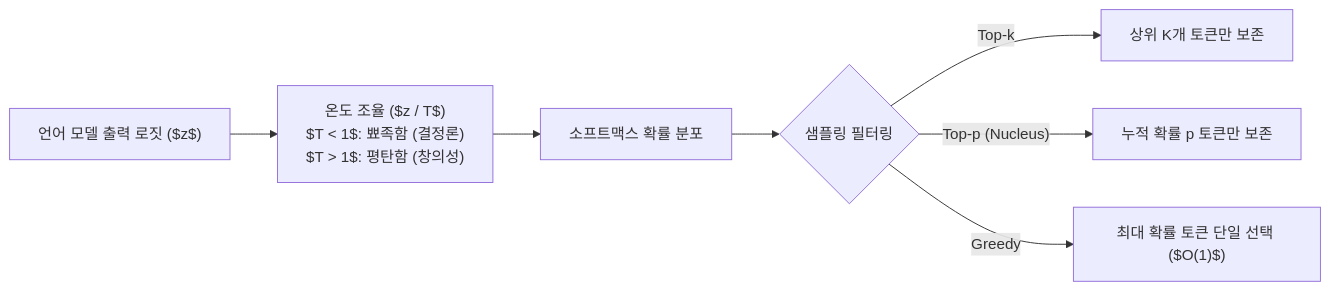
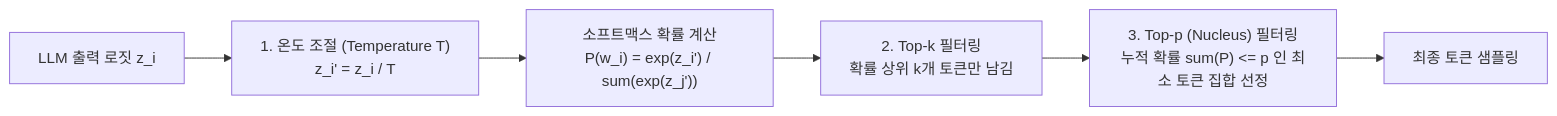
The first of 2 diagrams in LGAimer/LG Aimers 8기/notes/09. LLM Decoding — Greedy·Beam·Sampling과 고급 추론.md (umyunsang/edu), drawn with Mermaid before and after one commit. The commit also changed other lines of this file and 8 other files, not shown here.

````diff
--- a/LGAimer/LG Aimers 8기/notes/09. LLM Decoding — Greedy·Beam·Sampling과 고급 추론.md
+++ b/LGAimer/LG Aimers 8기/notes/09. LLM Decoding — Greedy·Beam·Sampling과 고급 추론.md
@@ -43,9 +32,8 @@
 ```mermaid
 flowchart LR
-    LOGITS["언어 모델 출력 로짓 ($z$)"] --> TEMP["온도 조율 ($z / T$)<br/>$T < 1$: 뾰족함 (결정론)<br/>$T > 1$: 평탄함 (창의성)"]
-    TEMP --> SOFTMAX["소프트맥스 확률 분포"]
-    SOFTMAX --> FILTER{"샘플링 필터링"}
-    FILTER -- "Top-k" --> K_SET["상위 K개 토큰만 보존"]
-    FILTER -- "Top-p (Nucleus)" --> P_SET["누적 확률 p 토큰만 보존"]
-    FILTER -- "Greedy" --> MAX_T["최대 확률 토큰 단일 선택 ($O(1)$)"]
+    LOGIT["LLM 출력 로짓 z_i"] --> TEMP["1. 온도 조절 (Temperature T)<br/>z_i' = z_i / T"]
+    TEMP --> SOFTMAX["소프트맥스 확률 계산<br/>P(w_i) = exp(z_i') / sum(exp(z_j'))"]
+    SOFTMAX --> TOPK["2. Top-k 필터링<br/>확률 상위 k개 토큰만 남김"]
+    TOPK --> TOPP["3. Top-p (Nucleus) 필터링<br/>누적 확률 sum(P) <= p 인 최소 토큰 집합 선정"]
+    TOPP --> SAMPLE["최종 토큰 샘플링"]
 ```
````
